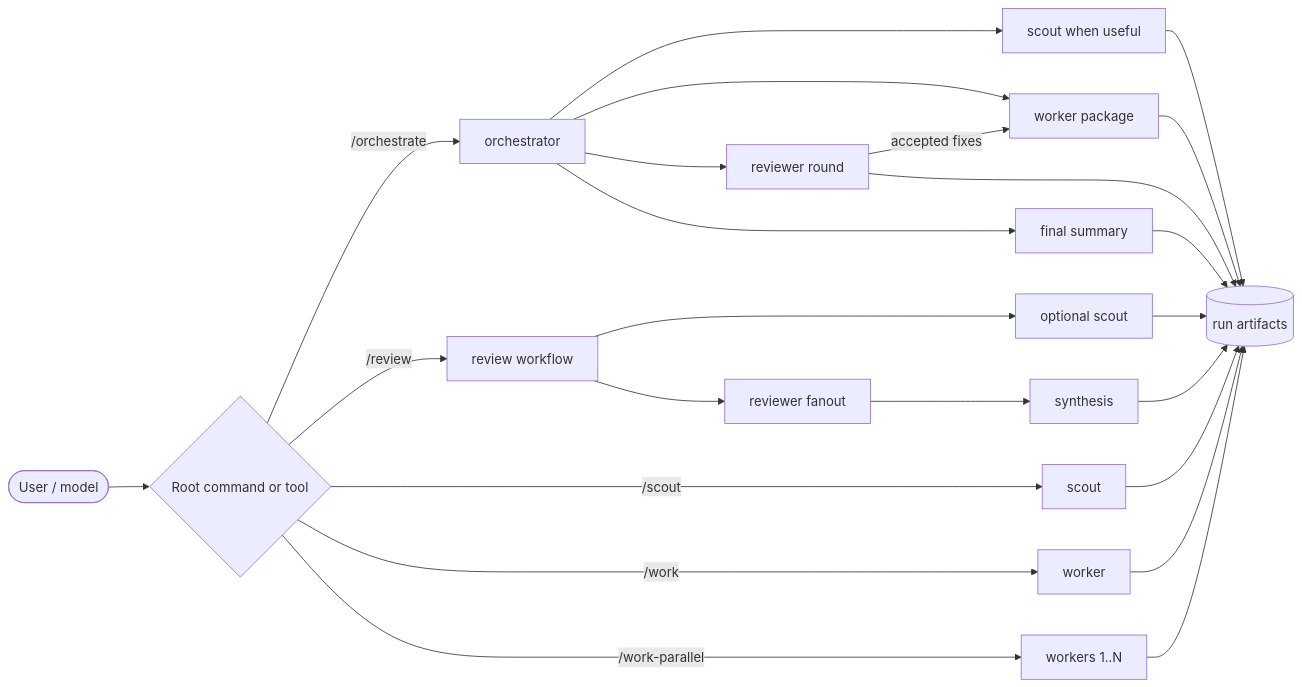
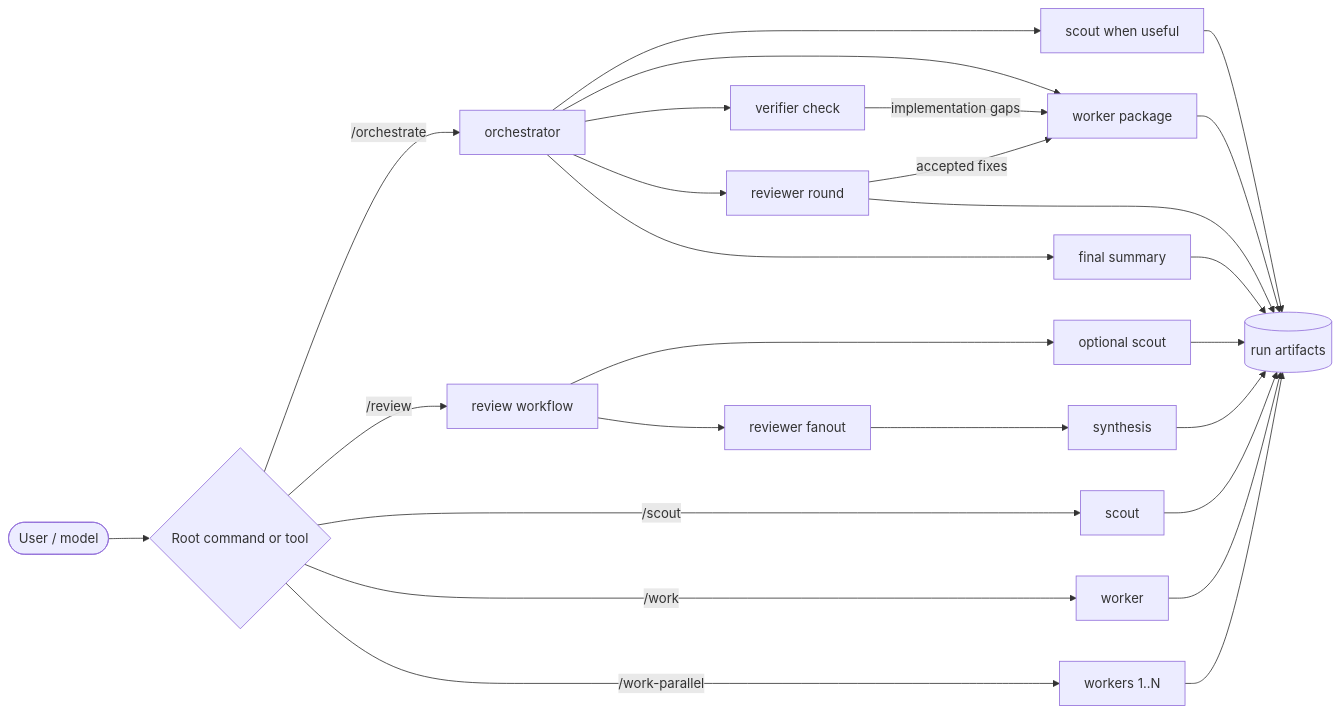
Before and after one commit to SkipXS/pi-simple-subagents: the first of 4 diagrams in README.md, drawn with Mermaid. The commit also changed other lines of this file and 8 other files, not shown here.

````diff
--- a/README.md
+++ b/README.md
@@ -24,30 +25,32 @@
 ```mermaid
 flowchart LR
   User([User / model]) --> Root{Root command or tool}
 
   Root -->|/orchestrate| O[orchestrator]
   O --> OS[scout when useful]
   O --> OW[worker package]
+  O --> OV[verifier check]
+  OV -->|implementation gaps| OW
   O --> OR[reviewer round]
   OR -->|accepted fixes| OW
   O --> OF[final summary]
 
   Root -->|/review| RF[review workflow]
   RF --> RS[optional scout]
   RF --> RR[reviewer fanout]
   RR --> SYN[synthesis]
 
   Root -->|/scout| S[scout]
   Root -->|/work| W[worker]
   Root -->|/work-parallel| WP[workers 1..N]
 
   OS --> Artifacts[(run artifacts)]
   OW --> Artifacts
   OR --> Artifacts
   OF --> Artifacts
   RS --> Artifacts
   SYN --> Artifacts
   S --> Artifacts
   W --> Artifacts
   WP --> Artifacts
 ```
````
